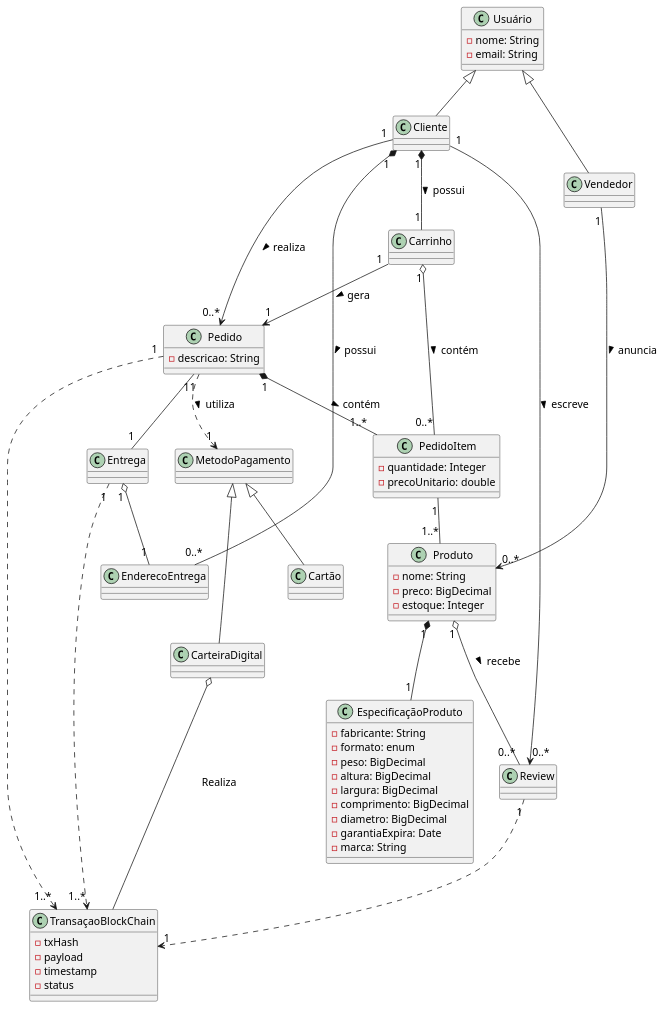
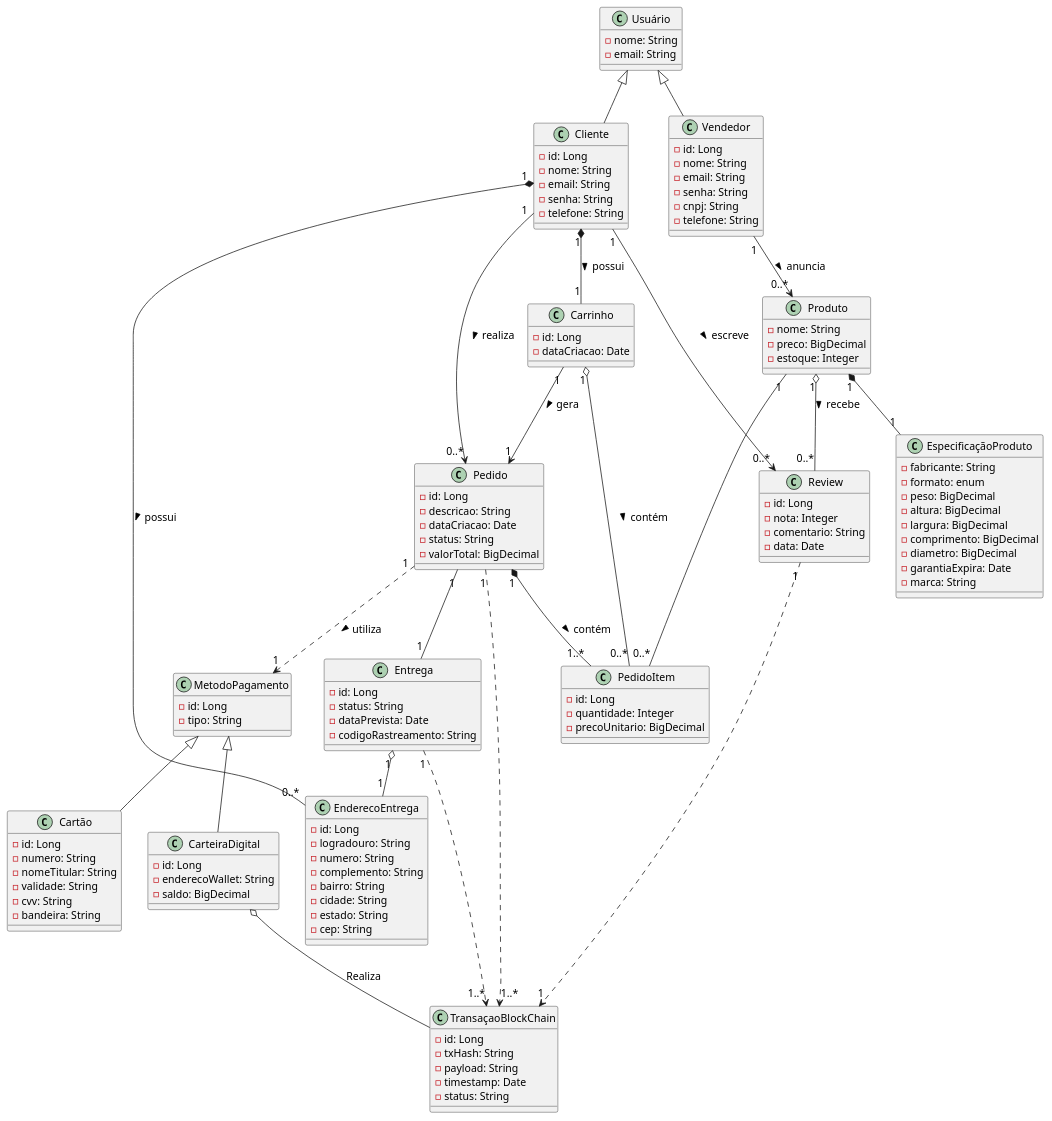
The diagram in trabalho_final/modelos_uml/diagrama_de_classes.plantuml (gilmarUFG/rs_es_20251_g4), drawn with PlantUML before and after one commit.

Commit message:
Adicionando atributos ao diagrama de classe

```diff
--- a/trabalho_final/modelos_uml/diagrama_de_classes.plantuml
+++ b/trabalho_final/modelos_uml/diagrama_de_classes.plantuml
@@ -1,97 +1,145 @@
 @startuml ChainBuy
 top to bottom direction
 
 skinparam defaultFontName "Arial"
 skinparam defaultFontSize 14
 ' Classes base
 class Usuário {
     -nome: String
     -email: String
 }
 
 class Produto {
     -nome: String    
     -preco: BigDecimal
     -estoque: Integer
 }
 
 class EspecificaçãoProduto {
     -fabricante: String
     -formato: enum
     -peso: BigDecimal
     -altura: BigDecimal
     -largura: BigDecimal
     -comprimento: BigDecimal
     -diametro: BigDecimal
     -garantiaExpira: Date
     -marca: String
 }
 
 class Cliente {
-    
+    -id: Long
+    -nome: String
+    -email: String
+    -senha: String
+    -telefone: String
 }
 
-class EnderecoEntrega
+class EnderecoEntrega {
+    -id: Long
+    -logradouro: String
+    -numero: String
+    -complemento: String
+    -bairro: String
+    -cidade: String
+    -estado: String
+    -cep: String
+}
 
 class Vendedor {
-    
+    -id: Long
+    -nome: String
+    -email: String
+    -senha: String
+    -cnpj: String
+    -telefone: String
 }
 
 class Pedido {
+    -id: Long
     -descricao: String
-
+    -dataCriacao: Date
+    -status: String
+    -valorTotal: BigDecimal
 }
 
-class PedidoItem{
+class PedidoItem {
+    -id: Long
     -quantidade: Integer
-    -precoUnitario: double
+    -precoUnitario: BigDecimal
 }
 
 class MetodoPagamento {
-
+    -id: Long
+    -tipo: String
 }
 
-class Carrinho
+class Carrinho {
+    -id: Long
+    -dataCriacao: Date
+}
 
-class CarteiraDigital
+class CarteiraDigital {
+    -id: Long
+    -enderecoWallet: String
+    -saldo: BigDecimal
+}
 
-class Cartão
+class Cartão {
+    -id: Long
+    -numero: String
+    -nomeTitular: String
+    -validade: String
+    -cvv: String
+    -bandeira: String
+}
 
-class Entrega
+class Entrega {
+    -id: Long
+    -status: String
+    -dataPrevista: Date
+    -codigoRastreamento: String
+}
 
-class Review
+class Review {
+    -id: Long
+    -nota: Integer
+    -comentario: String
+    -data: Date
+}
 
 class TransaçaoBlockChain {
-    -txHash
-    -payload
-    -timestamp
-    -status
+    -id: Long
+    -txHash: String
+    -payload: String
+    -timestamp: Date
+    -status: String
 }
 
 MetodoPagamento <|-- Cartão
 MetodoPagamento <|-- CarteiraDigital
 Usuário <|-- Cliente
 Usuário <|-- Vendedor
 
 Vendedor "1" --> "0..*" Produto : anuncia >
 Cliente "1" --> "0..*" Pedido : realiza >
-PedidoItem "1" -- "1..*" Produto
+Produto "1" -- "0..*" PedidoItem
 Carrinho "1" --> "1" Pedido : gera >
 Cliente "1" --> "0..*" Review : escreve >
 Pedido "1" -- "1" Entrega
 
 Produto "1" o-- "0..*" Review : recebe >
 Carrinho "1" o-- "0..*" PedidoItem : contém >
 CarteiraDigital o-- TransaçaoBlockChain : Realiza
 Entrega "1" o-- "1" EnderecoEntrega
 
 Entrega "1" ..> "1..*" TransaçaoBlockChain
 Pedido "1" ..> "1" MetodoPagamento : utiliza >
 Pedido "1" ..> "1..*" TransaçaoBlockChain
 Review "1" ..> "1" TransaçaoBlockChain
 
 Cliente "1" *-- "0..*" EnderecoEntrega : possui >
 Cliente "1" *-- "1" Carrinho : possui >
 Produto "1" *-- "1" EspecificaçãoProduto
 Pedido "1" *-- "1..*" PedidoItem: contém >
 @enduml
```
